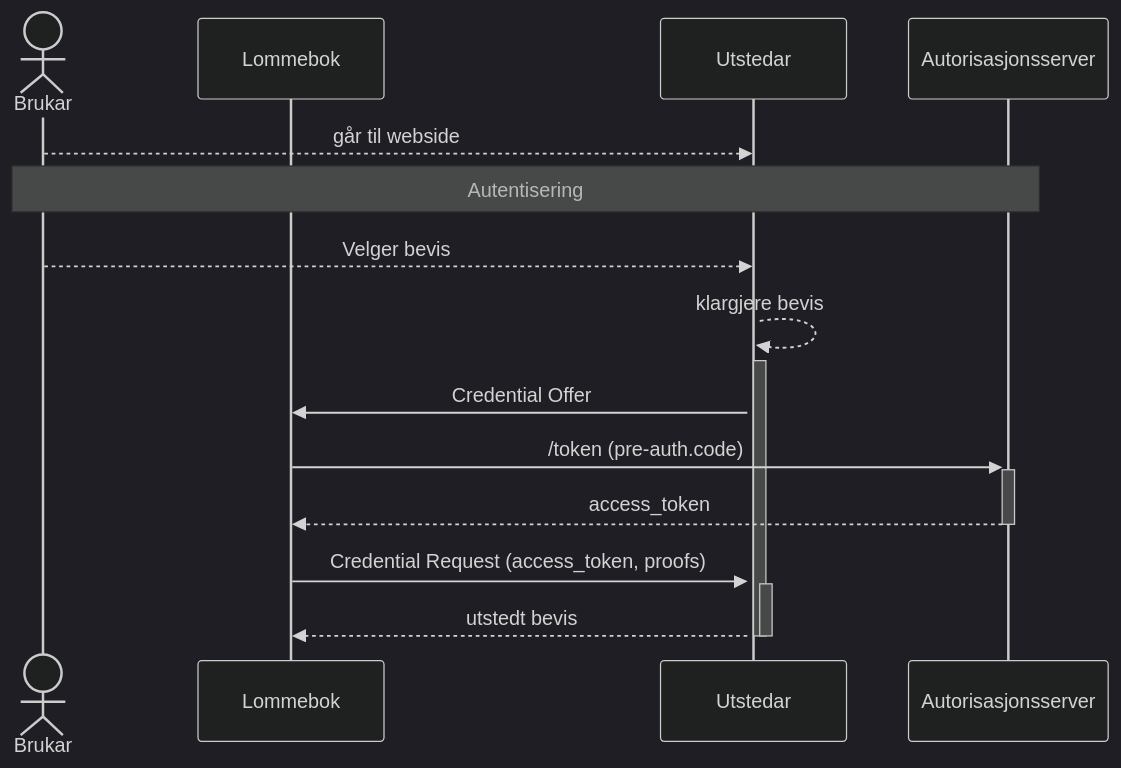
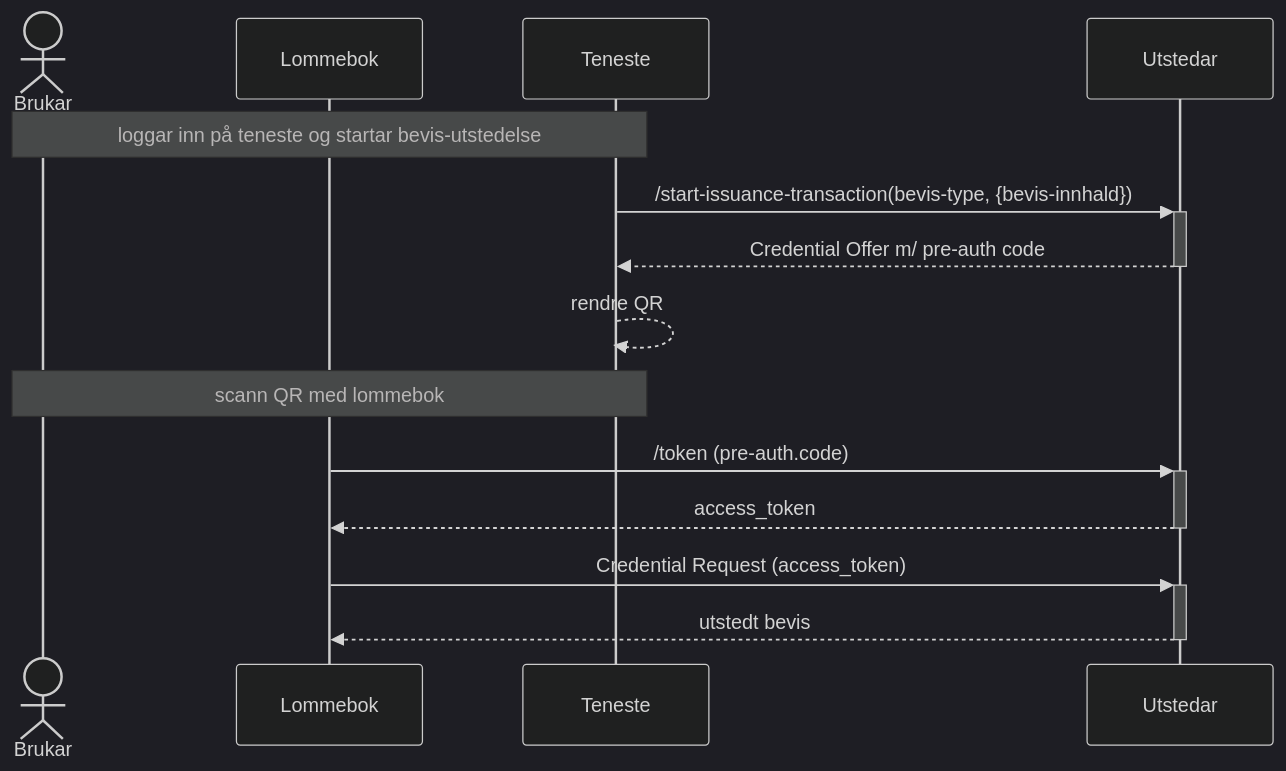
One commit to felleslosninger/docs changed the diagram in _docs/lommebok/lommebok_digdir_utsteder.md. Above: the diagram before and after it, drawn with Mermaid (dark theme). The commit also changed other lines of this file, not shown here.

```diff
--- a/_docs/lommebok/lommebok_digdir_utsteder.md
+++ b/_docs/lommebok/lommebok_digdir_utsteder.md
@@ -39,25 +47,22 @@
 <div class="mermaid">
-
 sequenceDiagram
 
   actor b as Brukar
   participant l as Lommebok
+  participant t as Teneste
   participant u as Utstedar
-  participant a as Autorisasjonsserver
 
-  b-->>u: går til webside
-  note over b, a: Autentisering
-  b-->>u: Velger bevis
-  
-  activate u
-  u-->>+u: klargjere bevis
+  note over b,t: loggar inn på teneste og startar bevis-utstedelse
 
-  u->>l: Credential Offer 
-  l->>+a: /token (pre-auth.code)
-  a-->>-l: access_token
+  t->>+u: /start-issuance-transaction(bevis-type, {bevis-innhald})
+  u-->>-t: Credential Offer m/ pre-auth code
+  t-->>t: rendre QR 
 
-  l->>+u: Credential Request (access_token, proofs)
+  note over b,t: scann QR med lommebok
+  l->>+u: /token (pre-auth.code)
+  u-->>-l: access_token
+
+  l->>+u: Credential Request (access_token)
   u-->>-l: utstedt bevis
-  deactivate u
 
 </div>
```
